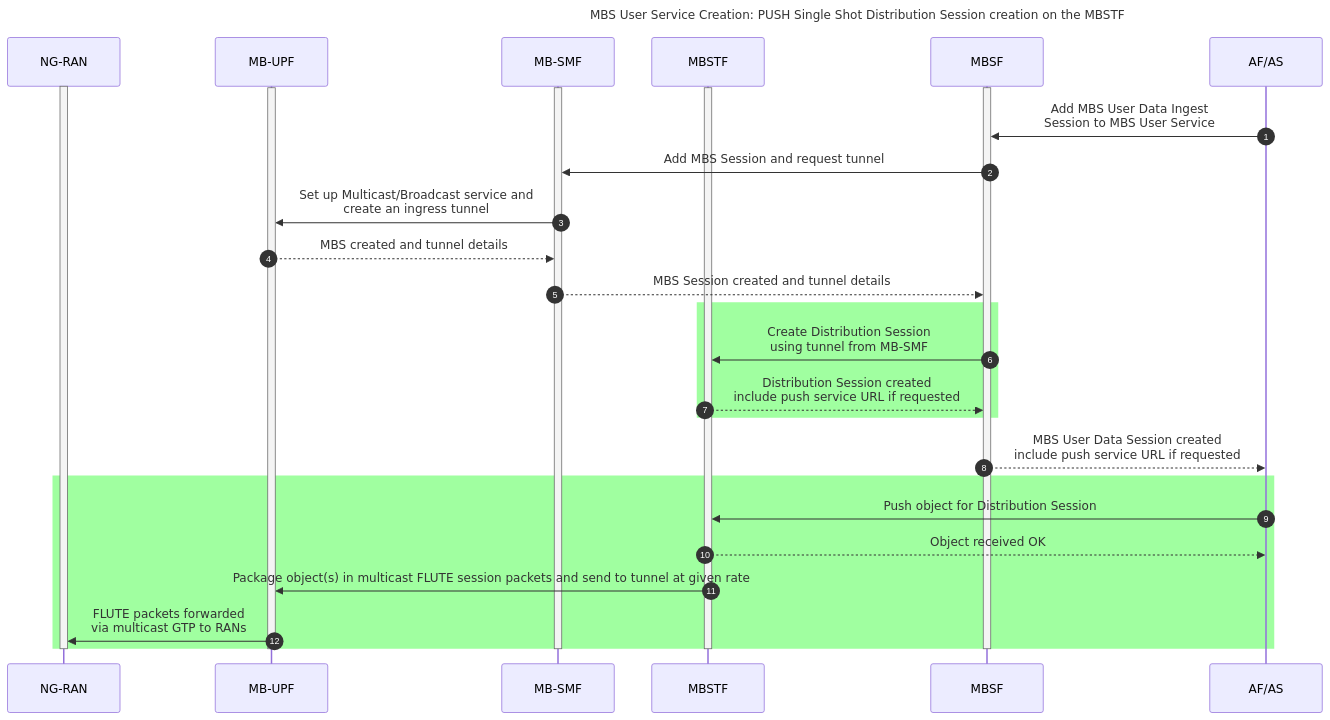
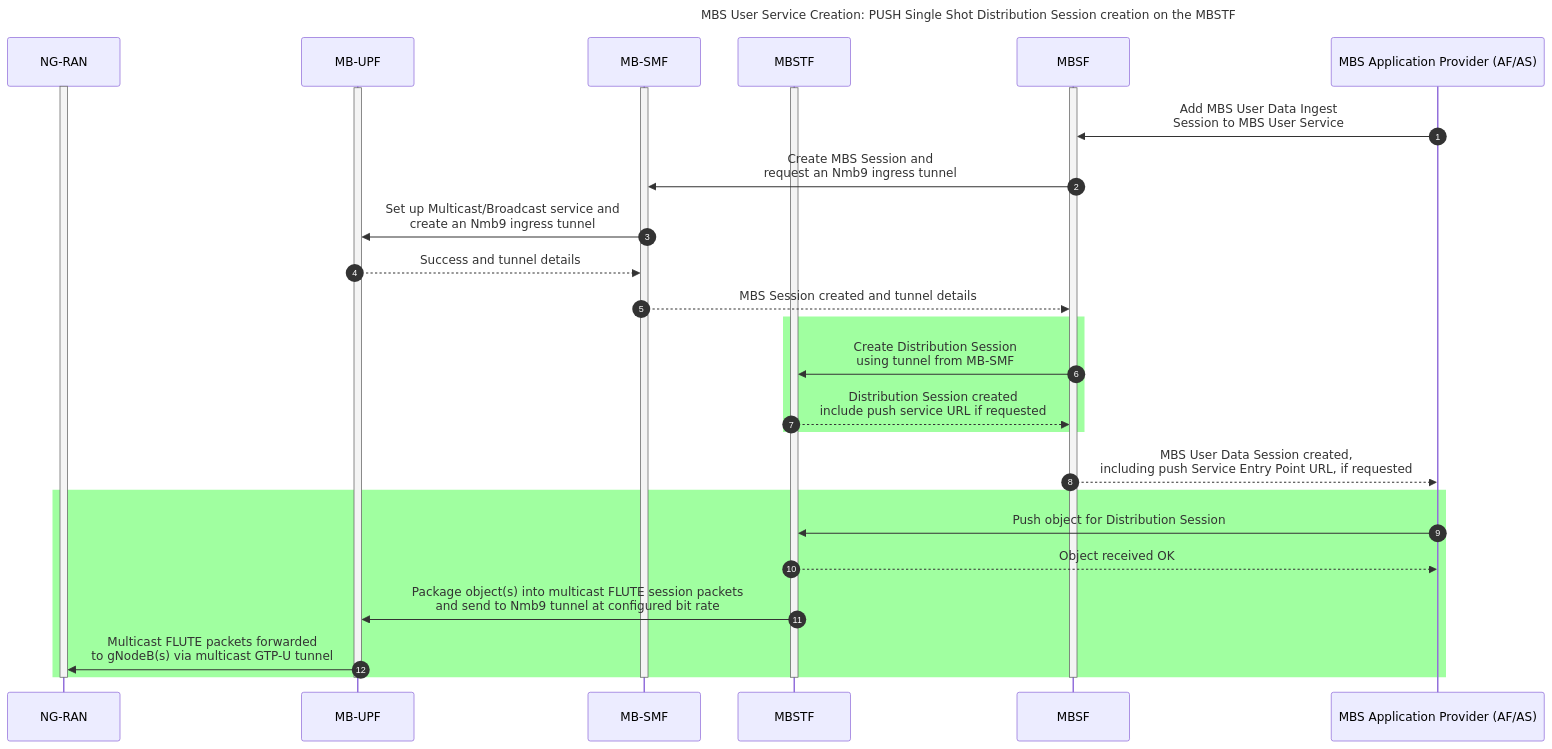
One commit to 5G-MAG/Getting-Started changed the fourth of 6 diagrams in pages/5g-multicast-broadcast-services/tutorials/mbstf.md. Above: the diagram before and after it, drawn with Mermaid. The commit also changed other lines of this file and 3 other files, not shown here.

````diff
--- a/pages/5g-multicast-broadcast-services/tutorials/mbstf.md
+++ b/pages/5g-multicast-broadcast-services/tutorials/mbstf.md
@@ -368,46 +368,46 @@
 ```mermaid
 ---
 title: "MBS User Service Creation: PUSH Single Shot Distribution Session creation on the MBSTF"
 config:
   themeCSS: |
     .loopLine { stroke-width: 4px; stroke-dasharray: 5,5; }
   sequence:
     showSequenceNumbers: true
 ---
 sequenceDiagram
   participant RAN as NG-RAN
   participant MBUPF as MB-UPF
   participant MBSMF as MB-SMF
   participant MBSTF
   participant MBSF
-  participant AP as AF/AS
+  participant AP as MBS Application Provider (AF/AS)
 
   activate RAN
   activate MBSMF
   activate MBUPF
   activate MBSF
   activate MBSTF
 
   AP->>MBSF : Add MBS User Data Ingest<br/>Session to MBS User Service
-  MBSF->>MBSMF : Add MBS Session and request tunnel
-  MBSMF->>MBUPF : Set up Multicast/Broadcast service and<br/>create an ingress tunnel
-  MBUPF-->>MBSMF : MBS created and tunnel details
+  MBSF->>MBSMF : Create MBS Session and<br/>request an Nmb9 ingress tunnel
+  MBSMF->>MBUPF : Set up Multicast/Broadcast service and<br/>create an Nmb9 ingress tunnel
+  MBUPF-->>MBSMF : Success and tunnel details
   MBSMF-->>MBSF : MBS Session created and tunnel details
   rect rgb(160, 255, 160)
     MBSF->>MBSTF : Create Distribution Session<br/>using tunnel from MB-SMF
     MBSTF-->>MBSF : Distribution Session created<br/>include push service URL if requested
   end
-  MBSF-->>AP : MBS User Data Session created<br/>include push service URL if requested
+  MBSF-->>AP : MBS User Data Session created,<br/>including push Service Entry Point URL, if requested
   rect rgb(160, 255, 160)
     AP->>MBSTF : Push object for Distribution Session
     MBSTF-->>AP : Object received OK
-    MBSTF->>MBUPF : Package object(s) in multicast FLUTE session packets and send to tunnel at given rate
-    MBUPF->>RAN : FLUTE packets forwarded<br/>via multicast GTP to RANs
+    MBSTF->>MBUPF : Package object(s) into multicast FLUTE session packets<br/>and send to Nmb9 tunnel at configured bit rate
+    MBUPF->>RAN : Multicast FLUTE packets forwarded<br/>to gNodeB(s) via multicast GTP-U tunnel
   end
 
   deactivate MBSTF
   deactivate MBSF
   deactivate MBSMF
   deactivate MBUPF
   deactivate RAN
 ```
````
